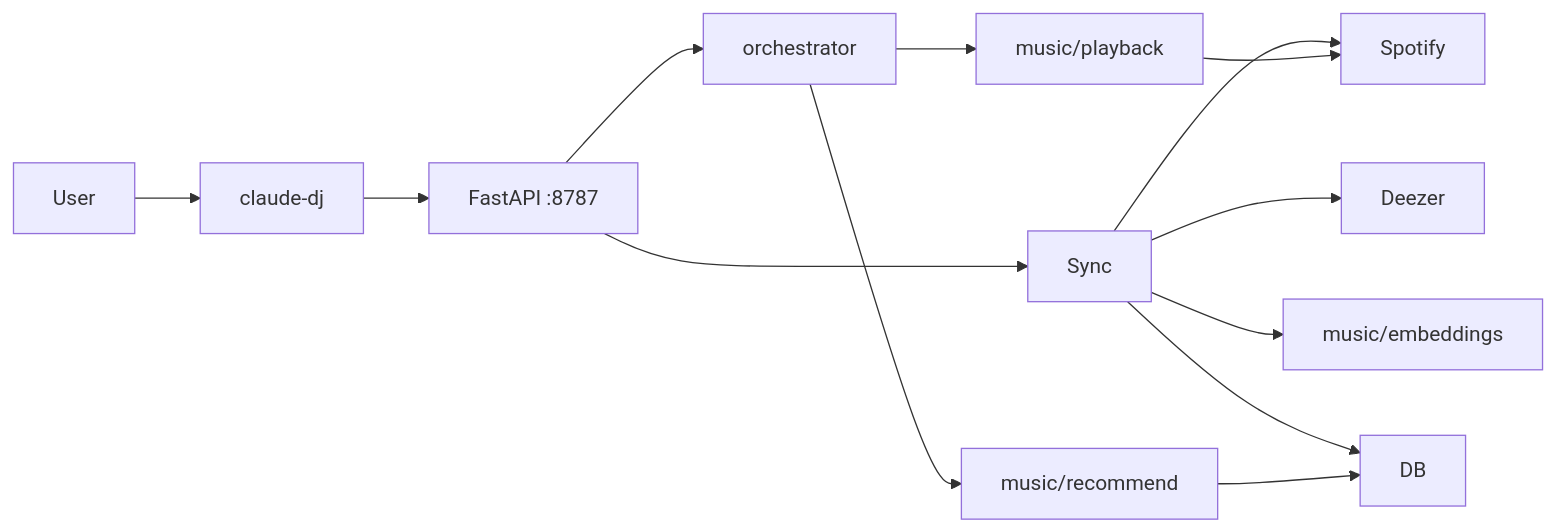
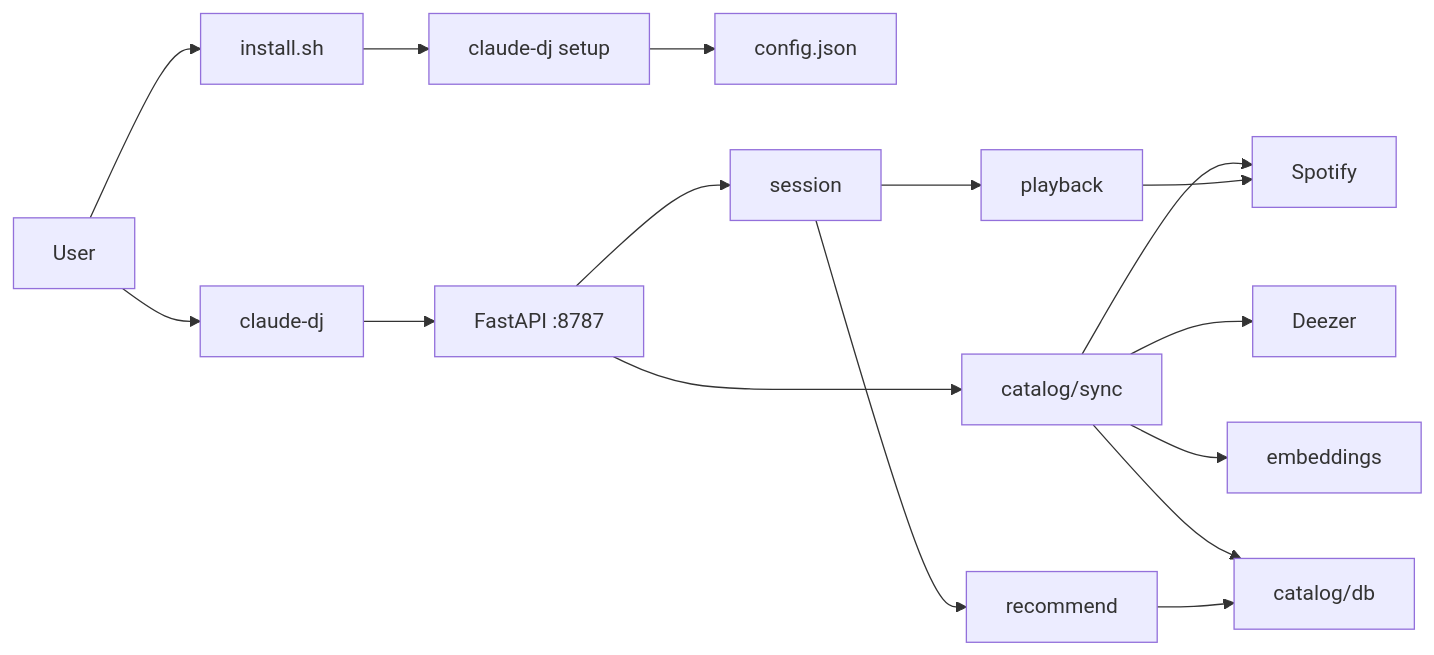
The diagram in wiki/overview.md (AdamPSU/agent-dj), drawn with Mermaid before and after one commit. The commit also changed other lines of this file and 16 other files, not shown here.

First line of the commit message:
Update wiki for claude_dj layout and install flow

````diff
--- a/wiki/overview.md
+++ b/wiki/overview.md
@@ -46,15 +50,18 @@
 ```mermaid
 flowchart LR
+  User --> Install["install.sh"]
+  Install --> Setup["claude-dj setup"]
+  Setup --> Config["config.json"]
   User --> CLI["claude-dj"]
   CLI --> Daemon["FastAPI :8787"]
-  Daemon --> Sync
-  Daemon --> Orch["orchestrator"]
+  Daemon --> Sync["catalog/sync"]
+  Daemon --> Sess["session"]
   Sync --> Spotify
   Sync --> Deezer
-  Sync --> Emb["music/embeddings"]
-  Sync --> DB
-  Orch --> Rec["music/recommend"]
-  Orch --> Play["music/playback"]
+  Sync --> Emb["embeddings"]
+  Sync --> DB["catalog/db"]
+  Sess --> Rec["recommend"]
+  Sess --> Play["playback"]
   Rec --> DB
   Play --> Spotify
 ```
````
